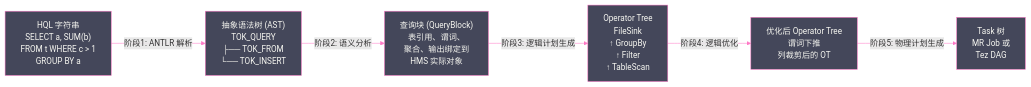
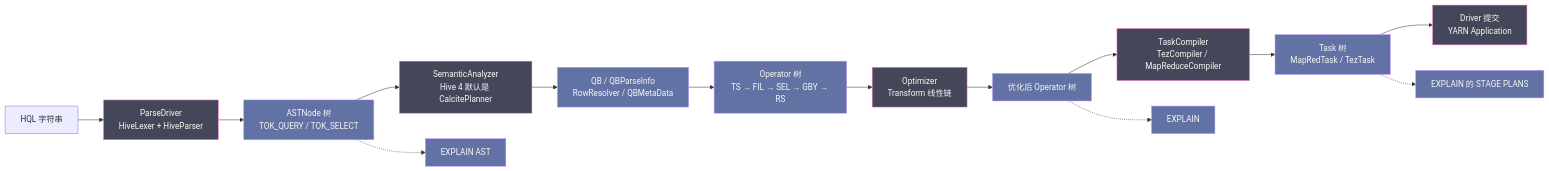
One commit to hpliStartAgain/my-brain changed the first of 6 diagrams in content/大数据/Hive/03 SQL 编译全链路：从 HQL 到 Operator Tree.md. Above: the diagram before and after it, drawn with Mermaid. The commit also changed other lines of this file and 455 other files, not shown here.

````diff
--- a/content/大数据/Hive/03 SQL 编译全链路：从 HQL 到 Operator Tree.md
+++ b/content/大数据/Hive/03 SQL 编译全链路：从 HQL 到 Operator Tree.md
@@ -29,20 +38,21 @@
 ```mermaid
-%%{init: {"theme": "dracula", "themeVariables": {"primaryColor": "#6272a4", "primaryTextColor": "#f8f8f2", "lineColor": "#ff79c6"}}}%%
-graph LR
-    SQL["HQL 字符串</br>SELECT a, SUM(b)</br>FROM t WHERE c > 1</br>GROUP BY a"]
-    AST["抽象语法树 (AST)</br>TOK_QUERY</br>├── TOK_FROM</br>└── TOK_INSERT"]
-    QB["查询块 (QueryBlock)</br>表引用、谓词、</br>聚合、输出绑定到</br>HMS 实际对象"]
-    OPT["Operator Tree</br>FileSink</br>↑ GroupBy</br>↑ Filter</br>↑ TableScan"]
-    OPTZ["优化后 Operator Tree</br>谓词下推</br>列裁剪后的 OT"]
-    TASK["Task 树</br>MR Job 或</br>Tez DAG"]
-
-    SQL -->|"阶段1: ANTLR 解析"| AST
-    AST -->|"阶段2: 语义分析"| QB
-    QB -->|"阶段3: 逻辑计划生成"| OPT
-    OPT -->|"阶段4: 逻辑优化"| OPTZ
-    OPTZ -->|"阶段5: 物理计划生成"| TASK
-
-    classDef phase fill:#6272a4,stroke:#bd93f9,color:#f8f8f2
-    classDef artifact fill:#44475a,stroke:#ff79c6,color:#f8f8f2
-    class SQL,AST,QB,OPT,OPTZ,TASK artifact
+%%{init: {'theme': 'dracula'}}%%
+flowchart LR
+    HQL["HQL 字符串"] --> P["ParseDriver<br/>HiveLexer + HiveParser"]
+    P --> AST["ASTNode 树<br/>TOK_QUERY / TOK_SELECT"]
+    AST --> SA["SemanticAnalyzer<br/>Hive 4 默认是 CalcitePlanner"]
+    SA --> QB["QB / QBParseInfo<br/>RowResolver / QBMetaData"]
+    QB --> OT["Operator 树<br/>TS → FIL → SEL → GBY → RS"]
+    OT --> OPT["Optimizer<br/>Transform 线性链"]
+    OPT --> OT2["优化后 Operator 树"]
+    OT2 --> TC["TaskCompiler<br/>TezCompiler / MapReduceCompiler"]
+    TC --> TASK["Task 树<br/>MapRedTask / TezTask"]
+    TASK --> SUB["Driver 提交<br/>YARN Application"]
+    AST -.-> E1["EXPLAIN AST"]
+    OT2 -.-> E2["EXPLAIN"]
+    TASK -.-> E3["EXPLAIN 的 STAGE PLANS"]
+    classDef hop fill:#44475a,stroke:#ff79c6,color:#f8f8f2
+    classDef obs fill:#6272a4,stroke:#bd93f9,color:#f8f8f2
+    class P,SA,OPT,TC,SUB hop
+    class AST,QB,OT,OT2,TASK,E1,E2,E3 obs
 ```
````
